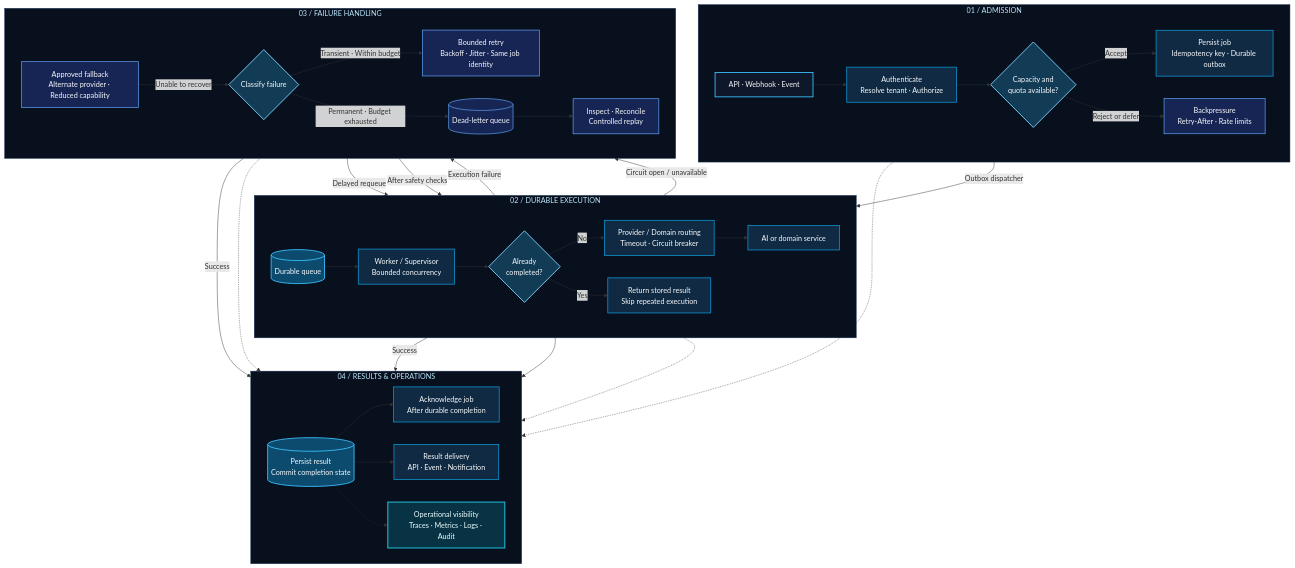
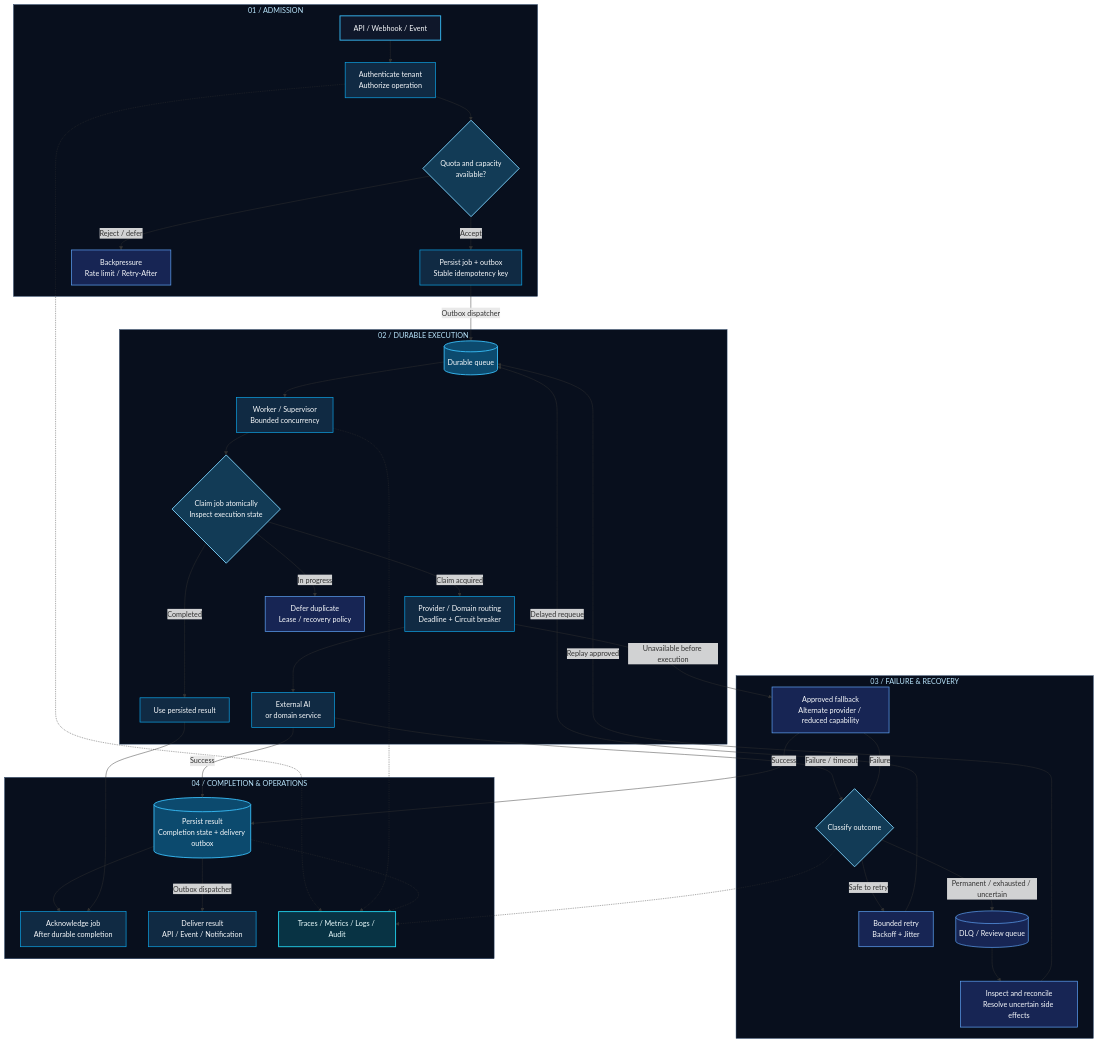
Before and after one commit to mrankitpanicker/mrankitpanicker: the diagram in README.md, drawn with Mermaid. The commit also changed other lines of this file, not shown here.

````diff
--- a/README.md
+++ b/README.md
@@ -9,75 +104,72 @@
 ```mermaid
 flowchart TB
     subgraph INGRESS["01 / ADMISSION"]
-        direction LR
-        A["API · Webhook · Event"] --> B["Authenticate<br/>Resolve tenant · Authorize"]
-        B --> C{"Capacity and<br/>quota available?"}
-        C -->|"Accept"| D["Persist job<br/>Idempotency key · Durable outbox"]
-        C -->|"Reject or defer"| BP["Backpressure<br/>Retry-After · Rate limits"]
+        A["API / Webhook / Event"] --> B["Authenticate tenant<br/>Authorize operation"]
+        B --> C{"Quota and capacity<br/>available?"}
+        C -->|"Accept"| D["Persist job + outbox<br/>Stable idempotency key"]
+        C -->|"Reject / defer"| BP["Backpressure<br/>Rate limit / Retry-After"]
     end
 
     subgraph EXECUTION["02 / DURABLE EXECUTION"]
-        direction LR
         Q[("Durable queue")] --> W["Worker / Supervisor<br/>Bounded concurrency"]
-        W --> CHECK{"Already<br/>completed?"}
-        CHECK -->|"No"| ROUTE["Provider / Domain routing<br/>Timeout · Circuit breaker"]
-        ROUTE --> SERVICE["AI or domain service"]
-        CHECK -->|"Yes"| EXISTING["Return stored result<br/>Skip repeated execution"]
+        W --> CHECK{"Claim job atomically<br/>Inspect execution state"}
+        CHECK -->|"Completed"| EXISTING["Use persisted result"]
+        CHECK -->|"Claim acquired"| ROUTE["Provider / Domain routing<br/>Deadline + Circuit breaker"]
+        CHECK -->|"In progress"| DEFER["Defer duplicate<br/>Lease / recovery policy"]
+        ROUTE --> SERVICE["External AI<br/>or domain service"]
     end
 
-    subgraph RECOVERY["03 / FAILURE HANDLING"]
-        direction LR
-        CLASSIFY{"Classify failure"}
-        RETRY["Bounded retry<br/>Backoff · Jitter · Same job identity"]
-        FALLBACK["Approved fallback<br/>Alternate provider · Reduced capability"]
-        DLQ[("Dead-letter queue")]
-        RECON["Inspect · Reconcile<br/>Controlled replay"]
-        CLASSIFY -->|"Transient · Within budget"| RETRY
-        CLASSIFY -->|"Permanent · Budget exhausted"| DLQ
+    subgraph RECOVERY["03 / FAILURE & RECOVERY"]
+        CLASSIFY{"Classify outcome"}
+        RETRY["Bounded retry<br/>Backoff + Jitter"]
+        FALLBACK["Approved fallback<br/>Alternate provider / reduced capability"]
+        DLQ[("DLQ / Review queue")]
+        RECON["Inspect and reconcile<br/>Resolve uncertain side effects"]
+        CLASSIFY -->|"Safe to retry"| RETRY
+        CLASSIFY -->|"Permanent / exhausted / uncertain"| DLQ
         DLQ --> RECON
     end
 
-    subgraph COMPLETION["04 / RESULTS & OPERATIONS"]
-        direction LR
-        RESULT[("Persist result<br/>Commit completion state")]
+    subgraph COMPLETION["04 / COMPLETION & OPERATIONS"]
+        RESULT[("Persist result<br/>Completion state + delivery outbox")]
         ACK["Acknowledge job<br/>After durable completion"]
-        DELIVERY["Result delivery<br/>API · Event · Notification"]
-        OBS["Operational visibility<br/>Traces · Metrics · Logs · Audit"]
+        DELIVERY["Deliver result<br/>API / Event / Notification"]
+        OBS["Traces / Metrics / Logs / Audit"]
         RESULT --> ACK
-        RESULT --> DELIVERY
+        RESULT -->|"Outbox dispatcher"| DELIVERY
     end
 
     D -->|"Outbox dispatcher"| Q
     SERVICE -->|"Success"| RESULT
-    SERVICE -->|"Execution failure"| CLASSIFY
-    ROUTE -->|"Circuit open / unavailable"| FALLBACK
+    SERVICE -->|"Failure / timeout"| CLASSIFY
+    ROUTE -->|"Unavailable before execution"| FALLBACK
     FALLBACK -->|"Success"| RESULT
-    FALLBACK -->|"Unable to recover"| CLASSIFY
+    FALLBACK -->|"Failure"| CLASSIFY
     RETRY -->|"Delayed requeue"| Q
-    RECON -->|"After safety checks"| Q
+    RECON -->|"Replay approved"| Q
     EXISTING --> ACK
 
     B -.-> OBS
     W -.-> OBS
     CLASSIFY -.-> OBS
     RESULT -.-> OBS
 
     classDef entry fill:#0F172A,stroke:#38BDF8,color:#F8FAFC,stroke-width:2px
     classDef process fill:#102A43,stroke:#0EA5E9,color:#F8FAFC,stroke-width:1.5px
     classDef decision fill:#123B56,stroke:#7DD3FC,color:#F8FAFC,stroke-width:2px
     classDef storage fill:#0C4A6E,stroke:#38BDF8,color:#F8FAFC,stroke-width:2px
     classDef recovery fill:#172554,stroke:#60A5FA,color:#F8FAFC,stroke-width:1.5px
     classDef observe fill:#083344,stroke:#22D3EE,color:#ECFEFF,stroke-width:2px
 
     class A entry
     class B,D,W,ROUTE,SERVICE,EXISTING,ACK,DELIVERY process
     class C,CHECK,CLASSIFY decision
     class Q,RESULT storage
-    class BP,RETRY,FALLBACK,DLQ,RECON recovery
+    class BP,DEFER,RETRY,FALLBACK,DLQ,RECON recovery
     class OBS observe
 
     style INGRESS fill:#080F1D,stroke:#1E3A5F,color:#BAE6FD
     style EXECUTION fill:#080F1D,stroke:#1E3A5F,color:#BAE6FD
     style RECOVERY fill:#080F1D,stroke:#1E3A5F,color:#BAE6FD
     style COMPLETION fill:#080F1D,stroke:#1E3A5F,color:#BAE6FD
 ```
````
